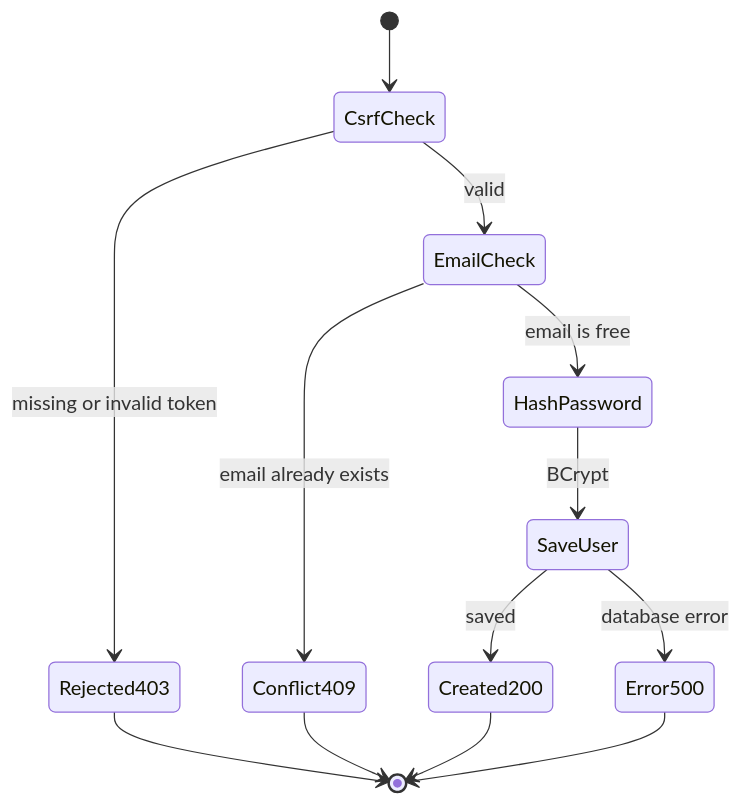
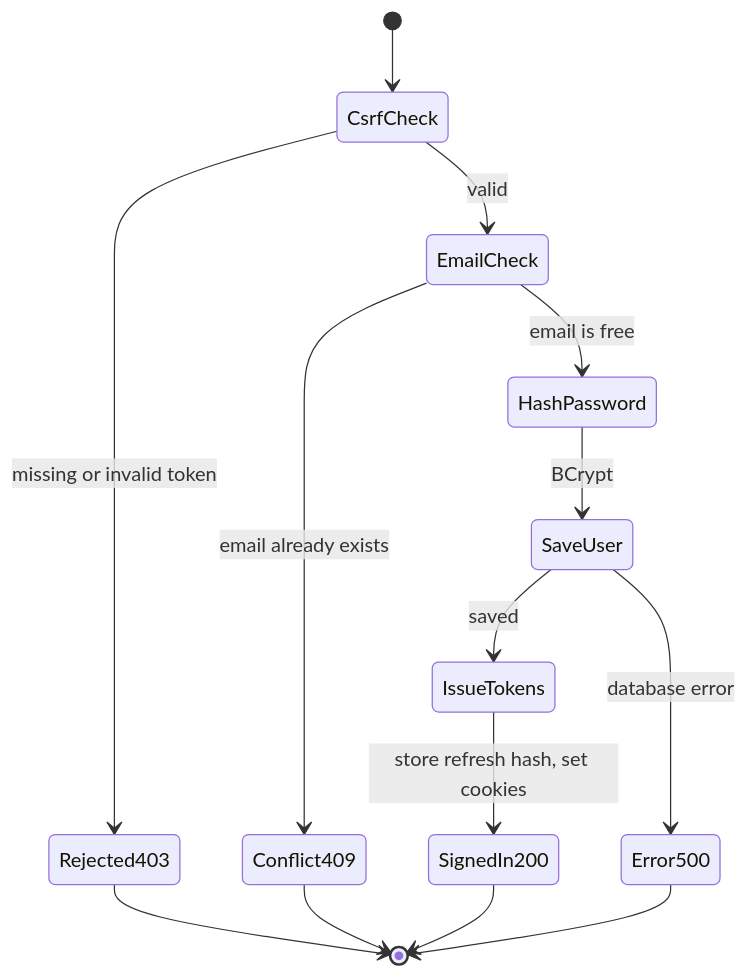
The third of 16 diagrams in backend/README.md (Michaelo21-is/weather-app-aztek), drawn with Mermaid before and after one commit. The commit also changed other lines of this file and 6 other files, not shown here.

````diff
--- a/backend/README.md
+++ b/backend/README.md
@@ -91,15 +91,16 @@
 ```mermaid
 stateDiagram-v2
     [*] --> CsrfCheck
     CsrfCheck --> Rejected403 : missing or invalid token
     CsrfCheck --> EmailCheck : valid
     EmailCheck --> Conflict409 : email already exists
     EmailCheck --> HashPassword : email is free
     HashPassword --> SaveUser : BCrypt
-    SaveUser --> Created200 : saved
+    SaveUser --> IssueTokens : saved
     SaveUser --> Error500 : database error
+    IssueTokens --> SignedIn200 : store refresh hash, set cookies
     Rejected403 --> [*]
     Conflict409 --> [*]
-    Created200 --> [*]
+    SignedIn200 --> [*]
     Error500 --> [*]
 ```
````
